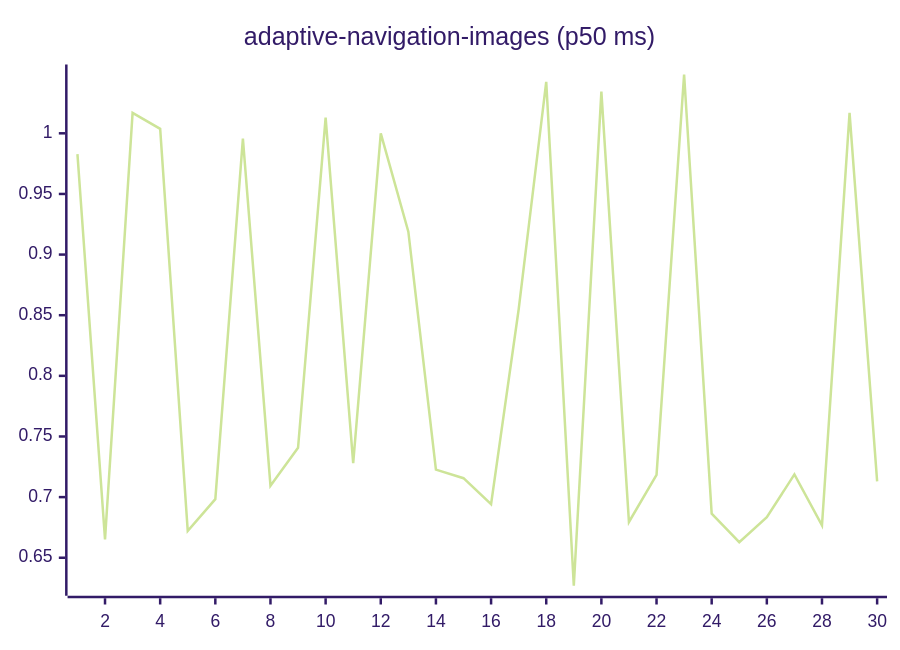
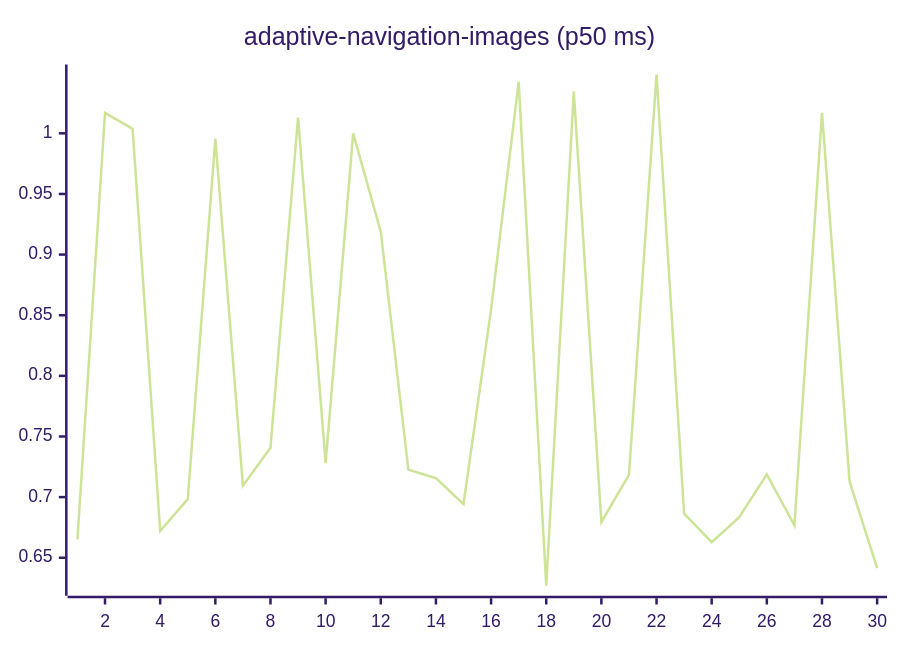
One commit to josha/Facet changed the first of 27 diagrams in README.md. Above: the diagram before and after it, drawn with Mermaid (forest theme). The commit also changed other lines of this file and 2 other files, not shown here.

````diff
--- a/README.md
+++ b/README.md
@@ -63,6 +63,6 @@
 ```mermaid
 xychart-beta
     title "adaptive-navigation-images (p50 ms)"
     x-axis 1 --> 30
-    line [0.9829, 0.6652, 1.0169, 1.0037, 0.6721, 0.6983, 0.9956, 0.7094, 0.7407, 1.0129, 0.7280, 1.0000, 0.9189, 0.7227, 0.7156, 0.6941, 0.8547, 1.0425, 0.6269, 1.0344, 0.6795, 0.7184, 1.0485, 0.6864, 0.6628, 0.6834, 0.7187, 0.6768, 1.0168, 0.7129]
+    line [0.6652, 1.0169, 1.0037, 0.6721, 0.6983, 0.9956, 0.7094, 0.7407, 1.0129, 0.7280, 1.0000, 0.9189, 0.7227, 0.7156, 0.6941, 0.8547, 1.0425, 0.6269, 1.0344, 0.6795, 0.7184, 1.0485, 0.6864, 0.6628, 0.6834, 0.7187, 0.6768, 1.0168, 0.7129, 0.6414]
 ```
````
